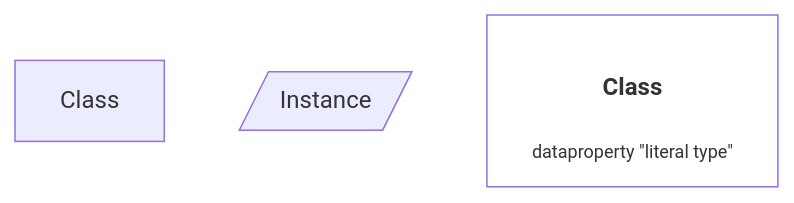
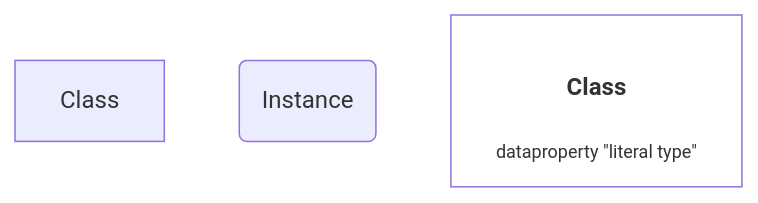
Before and after one commit to cambridge-cares/TheWorldAvatar: the first of 7 diagrams in JPS_Ontology/ontology/ontoprofile/README.MD, drawn with Mermaid. The commit also changed other lines of this file, not shown here.

Commit message:
dev-service-execution-ontology-extension: modify flowchart shape

````diff
--- a/JPS_Ontology/ontology/ontoprofile/README.MD
+++ b/JPS_Ontology/ontology/ontoprofile/README.MD
@@ -29,10 +29,10 @@
 ```mermaid
 flowchart TD
     %% Styling
     classDef literal fill:none
 
     %% Diagram
     clazz[Class]
-    instance[/Instance/]
+    instance(Instance)
     clazzLiteral["<h4>Class</h4><p style='font-size:0.75rem;'>dataproperty &quot;literal type&quot;</p>"]:::literal
 ```
````
